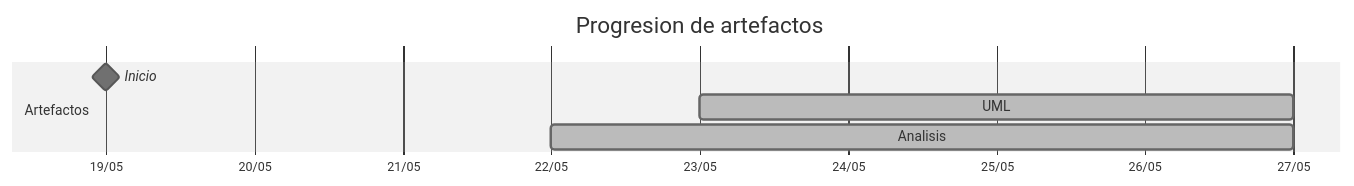
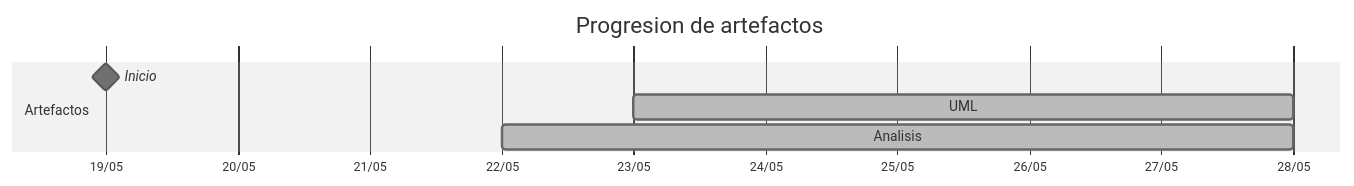
The diagram in TIMELINES/carlos-alvarado-25.md (carlos-alvarado-25/25-26-idsw2-sdVC), drawn with Mermaid (neutral theme) before and after one commit. The commit also changed other lines of this file and 3 other files, not shown here.

````diff
--- a/TIMELINES/carlos-alvarado-25.md
+++ b/TIMELINES/carlos-alvarado-25.md
@@ -16,10 +19,10 @@
 ```mermaid
 gantt
     title Progresion de artefactos
     dateFormat YYYY-MM-DD
     axisFormat %d/%m
     section Artefactos
         Inicio       :milestone, 2026-05-19, 0d
-        UML          :done, 2026-05-23, 2026-05-27
-        Analisis     :done, 2026-05-22, 2026-05-27
+        UML          :done, 2026-05-23, 2026-05-28
+        Analisis     :done, 2026-05-22, 2026-05-28
 ```
````
